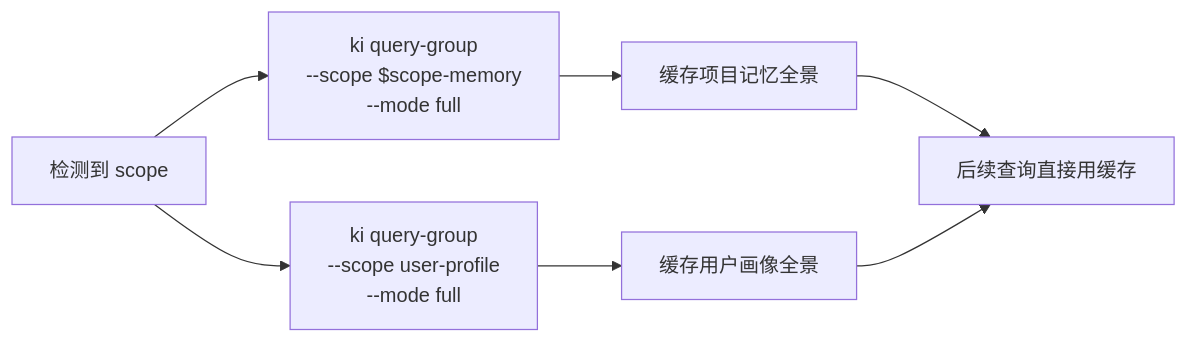
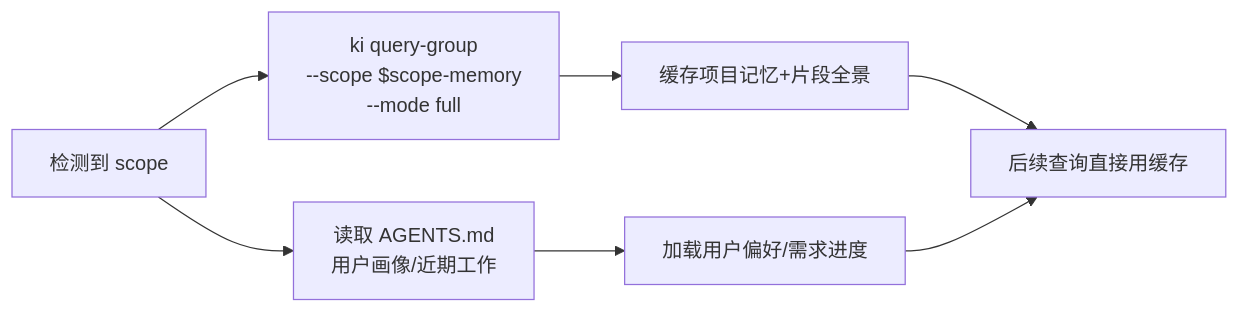
One commit to HACK-WU/kisearch changed the first of 2 diagrams in docs/memory-agent-guide.md. Above: the diagram before and after it, drawn with Mermaid. The commit also changed other lines of this file and 18 other files, not shown here.

````diff
--- a/docs/memory-agent-guide.md
+++ b/docs/memory-agent-guide.md
@@ -124,9 +131,9 @@
 ```mermaid
 flowchart LR
     A[检测到 scope] --> B[ki query-group<br/>--scope $scope-memory<br/>--mode full]
-    A --> C[ki query-group<br/>--scope user-profile<br/>--mode full]
-    B --> D[缓存项目记忆全景]
-    C --> E[缓存用户画像全景]
+    A --> C[读取 AGENTS.md<br/>用户画像/近期工作]
+    B --> D[缓存项目记忆+片段全景]
+    C --> E[加载用户偏好/需求进度]
     D --> F[后续查询直接用缓存]
     E --> F
 ```
````
